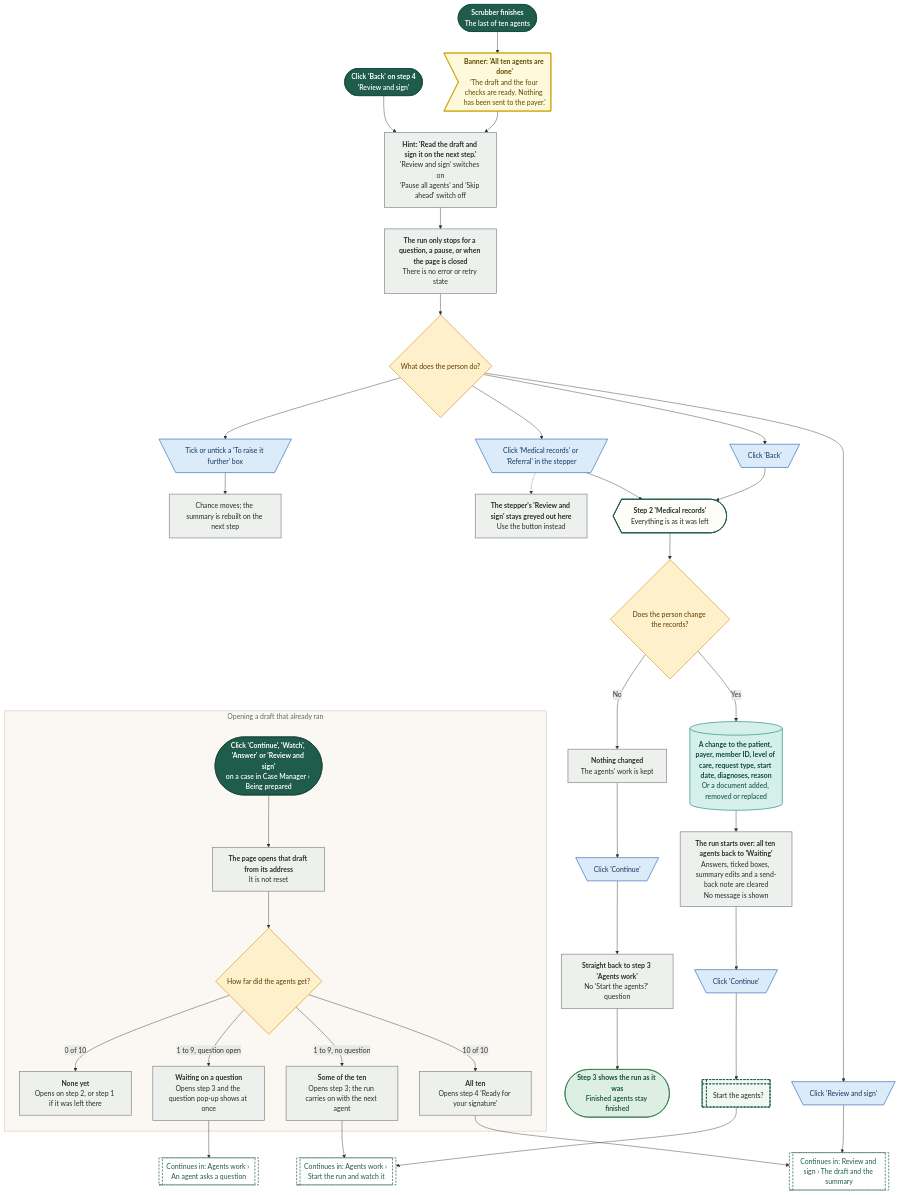
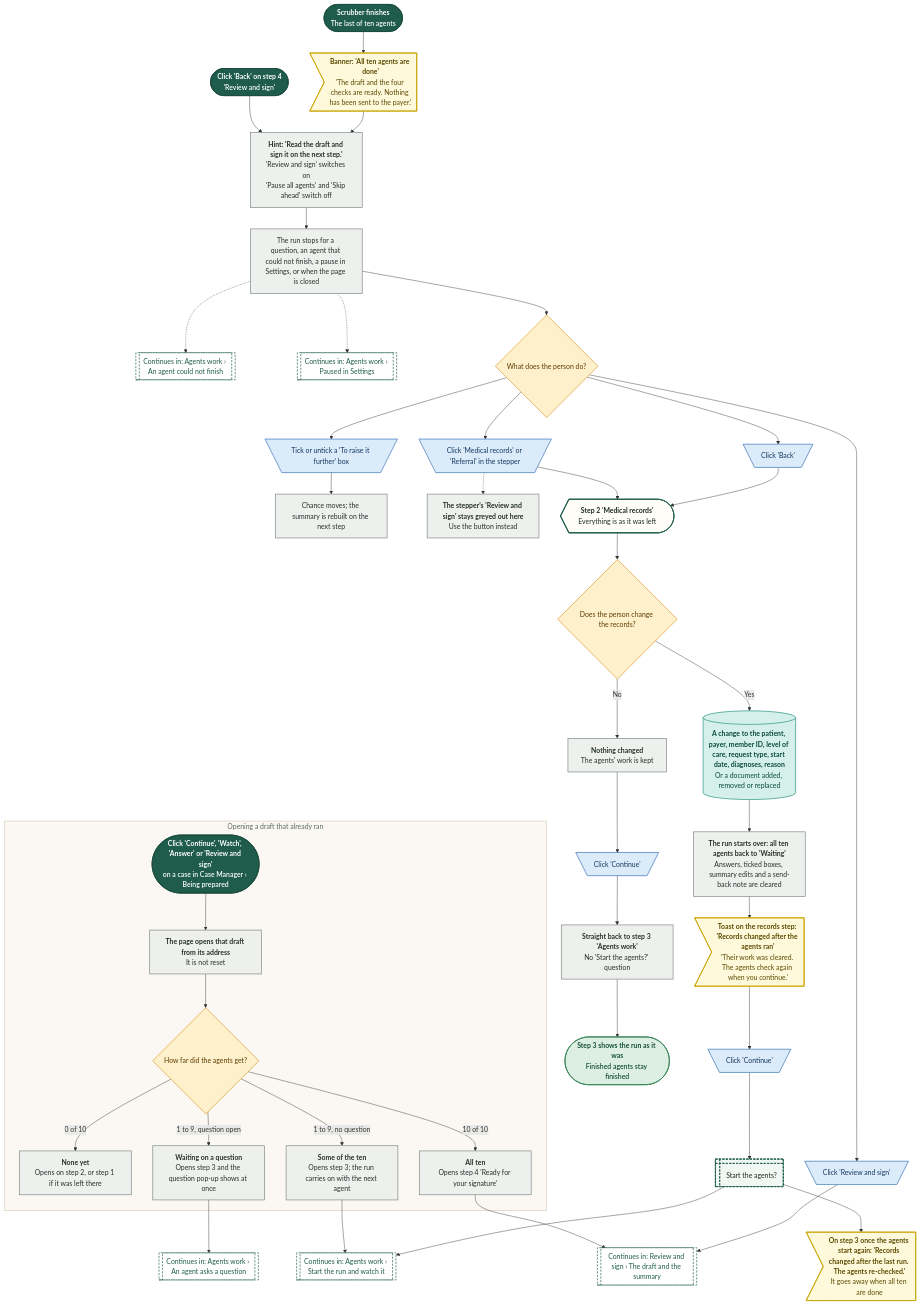
One commit to Shrav143/psyfloapp changed diagram 25 of 36 in demos/prior-auth-demo/workflows/out/md/04-new-case.md. Above: the diagram before and after it, drawn with Mermaid. The commit also changed other lines of this file and 195 other files, not shown here.

First line of the commit message:
docs: Rebuild workflow diagrams after the demo fixes (220 diagrams)

```diff
--- a/demos/prior-auth-demo/workflows/out/md/04-new-case.md
+++ b/demos/prior-auth-demo/workflows/out/md/04-new-case.md
@@ -2189,7 +2268,9 @@
   s2@{ shape: stadium, label: "<b>Click 'Back' on step 4</b><br/>'Review and sign'" }
   t1@{ shape: odd, label: "<b>Banner: 'All ten agents are done'</b><br/>'The draft and the four checks are ready. Nothing has been sent to the payer.'" }
   p1@{ shape: rect, label: "<b>Hint: 'Read the draft and sign it on the next step.'</b><br/>'Review and sign' switches on<br/>'Pause all agents' and 'Skip ahead' switch off" }
-  pStop@{ shape: rect, label: "<b>The run only stops for a question, a pause, or when the page is closed</b><br/>There is no error or retry state" }
+  pStop@{ shape: rect, label: "The run stops for a question, an agent that could not finish, a pause in Settings, or when the page is closed" }
+  gFail@{ shape: subproc, label: "Continues in: Agents work › An agent could not finish" }
+  gPause@{ shape: subproc, label: "Continues in: Agents work › Paused in Settings" }
   dWhat@{ shape: diam, label: "What does the person do?" }
   cTick@{ shape: trap-t, label: "Tick or untick a 'To raise it further' box" }
   pTick@{ shape: rect, label: "Chance moves; the summary is rebuilt on the next step" }
@@ -2204,7 +2285,9 @@
   cCont@{ shape: trap-t, label: "Click 'Continue'" }
   pDirect@{ shape: rect, label: "<b>Straight back to step 3 'Agents work'</b><br/>No 'Start the agents?' question" }
   stStale@{ shape: cyl, label: "<b>A change to the patient, payer, member ID, level of care, request type, start date, diagnoses, reason</b><br/>Or a document added, removed or replaced" }
-  pReset@{ shape: rect, label: "<b>The run starts over: all ten agents back to 'Waiting'</b><br/>Answers, ticked boxes, summary edits and a send-back note are cleared<br/>No message is shown" }
+  pReset@{ shape: rect, label: "<b>The run starts over: all ten agents back to 'Waiting'</b><br/>Answers, ticked boxes, summary edits and a send-back note are cleared" }
+  tToast@{ shape: odd, label: "<b>Toast on the records step: 'Records changed after the agents ran'</b><br/>'Their work was cleared. The agents check again when you continue.'" }
+  tBanner@{ shape: odd, label: "<b>On step 3 once the agents start again: 'Records changed after the last run. The agents re-checked.'</b><br/>It goes away when all ten are done" }
   cCont2@{ shape: trap-t, label: "Click 'Continue'" }
   oConf@{ shape: win-pane, label: "Start the agents?" }
   gStart@{ shape: subproc, label: "Continues in: Agents work › Start the run and watch it" }
@@ -2221,6 +2304,8 @@
   end
   s1 --> t1 --> p1 --> pStop --> dWhat
   s2 --> p1
+  pStop -.-> gFail
+  pStop -.-> gPause
   dWhat --> cTick --> pTick
   dWhat --> cReview --> gReview
   dWhat --> cBack --> sRec
@@ -2228,7 +2313,8 @@
   cStep -.-> pLock
   sRec --> dEdit
   dEdit -->|"No"| pSame --> cCont --> pDirect --> eBack
-  dEdit -->|"Yes"| stStale --> pReset --> cCont2 --> oConf --> gStart
+  dEdit -->|"Yes"| stStale --> pReset --> tToast --> cCont2 --> oConf --> gStart
+  oConf --> tBanner
   s3 --> pOpen --> dFar
   dFar -->|"0 of 10"| rNone
   dFar -->|"1 to 9, no question"| rMid
@@ -2238,11 +2324,11 @@
   rAsk --> gQ
   rAll --> gReview
   class s1,s2,s3 k_start
-  class t1 k_toast
+  class t1,tToast,tBanner k_toast
   class p1,pStop,pTick,pLock,pSame,pDirect,pReset,pOpen,rNone,rMid,rAsk,rAll k_process
+  class gFail,gPause,gReview,gStart,gQ k_goto
   class dWhat,dEdit,dFar k_decision
   class cTick,cReview,cBack,cStep,cCont,cCont2 k_click
-  class gReview,gStart,gQ k_goto
   class sRec k_screen
   class stStale k_store
   class oConf k_overlay
```
